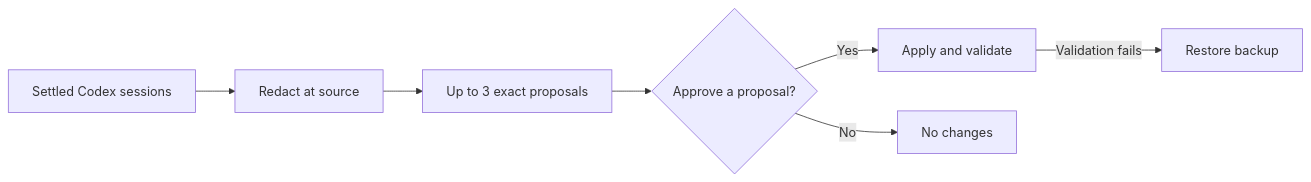
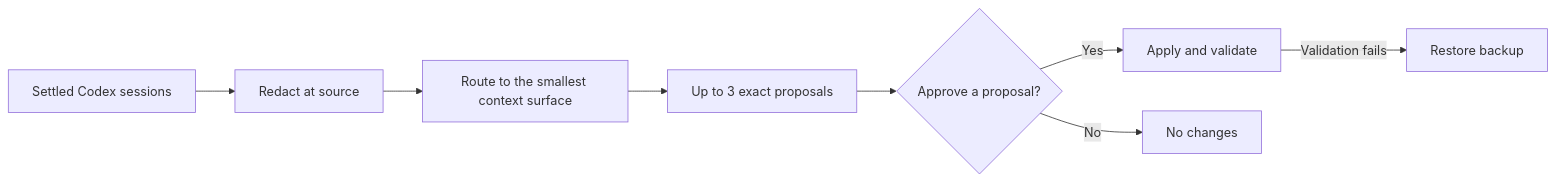
One commit to pfedotovsky/codex-session-improver changed the diagram in README.md. Above: the diagram before and after it, drawn with Mermaid. The commit also changed other lines of this file and 8 other files, not shown here.

````diff
--- a/README.md
+++ b/README.md
@@ -15,9 +15,10 @@
 ```mermaid
 flowchart LR
     A["Settled Codex sessions"] --> B["Redact at source"]
-    B --> C["Up to 3 exact proposals"]
-    C --> D{"Approve a proposal?"}
-    D -->|"Yes"| E["Apply and validate"]
-    D -->|"No"| F["No changes"]
-    E -->|"Validation fails"| G["Restore backup"]
+    B --> C["Route to the smallest context surface"]
+    C --> D["Up to 3 exact proposals"]
+    D --> E{"Approve a proposal?"}
+    E -->|"Yes"| F["Apply and validate"]
+    E -->|"No"| G["No changes"]
+    F -->|"Validation fails"| H["Restore backup"]
 ```
````
